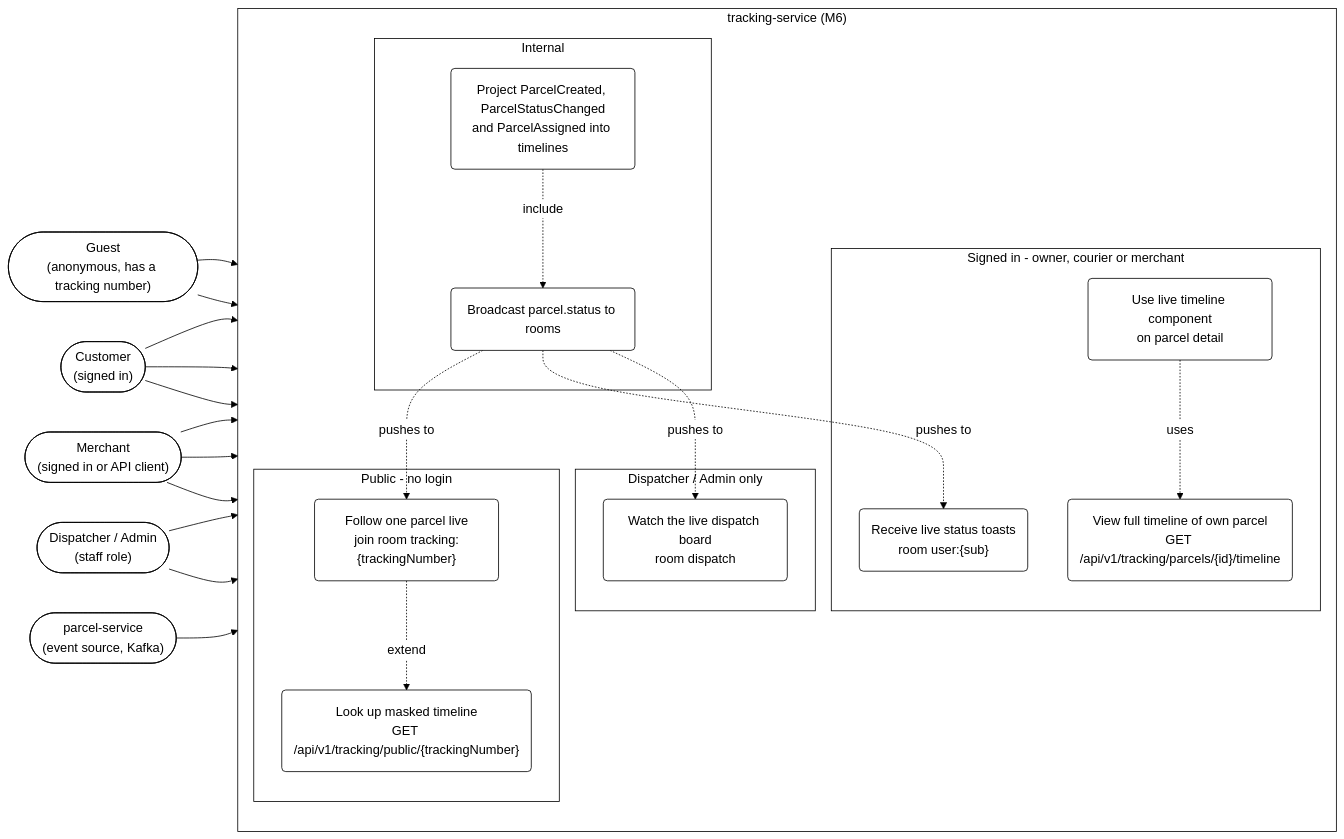
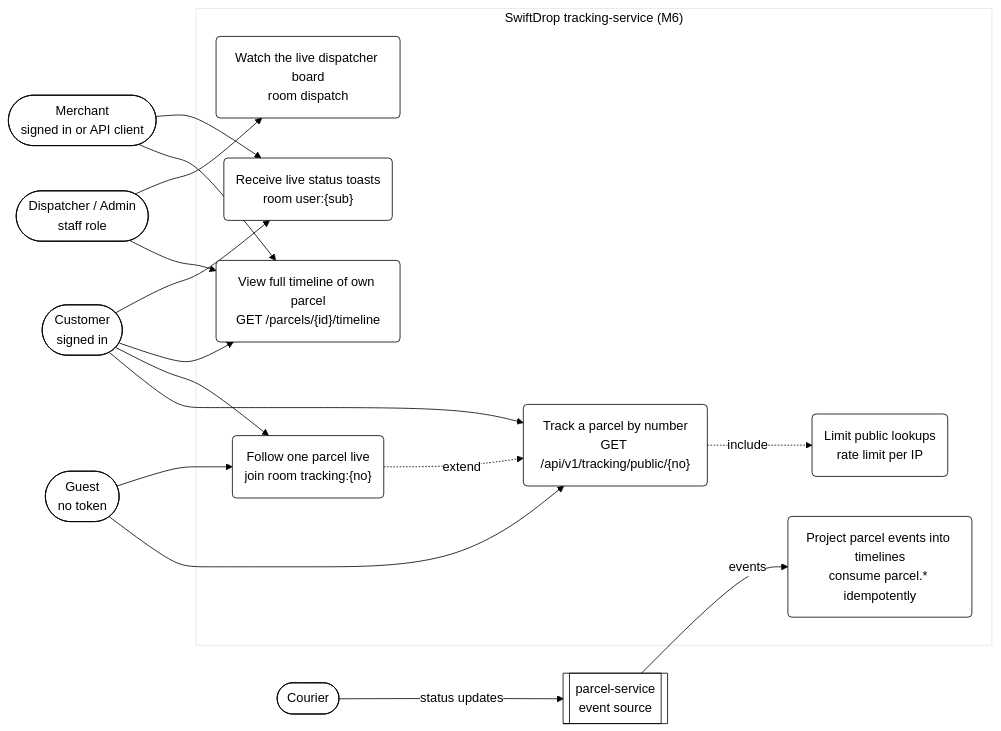
One commit to Pasidu-Mihiranga/SwiftDrop changed the diagram in doc/diagrams/m6-real-time-tracking/usecase-m6-tracking.mmd. Above: the diagram before and after it, drawn with Mermaid. The commit also changed 39 other files, not shown here.

First line of the commit message:
docs(m6): redraw real-time tracking diagrams in the M10 design style

```diff
--- a/doc/diagrams/m6-real-time-tracking/usecase-m6-tracking.mmd
+++ b/doc/diagrams/m6-real-time-tracking/usecase-m6-tracking.mmd
@@ -1,49 +1,35 @@
-%%{init: {"theme":"base","themeVariables":{"background":"#ffffff","mainBkg":"#ffffff","primaryColor":"#ffffff","primaryBorderColor":"#000000","primaryTextColor":"#000000","secondaryColor":"#f2f2f2","tertiaryColor":"#ffffff","lineColor":"#000000","textColor":"#000000","clusterBkg":"#ffffff","clusterBorder":"#000000","titleColor":"#000000","edgeLabelBackground":"#ffffff","fontFamily":"Arial, Helvetica, sans-serif"}}}%%
-%% M6 Real-time Tracking use cases (issue #19).
-%% Scope: who uses tracking-service and what each actor can do with it.
-%% Owners see their own parcels; a foreign parcel returns 404, so existence is not leaked.
+%%{init: {"theme":"base","themeVariables":{"primaryColor":"#ffffff","primaryBorderColor":"#000000","primaryTextColor":"#000000","lineColor":"#000000","background":"#ffffff","fontFamily":"Arial"}}}%%
+%% M6 use cases (issue #19). Editable source for usecase-m6-tracking.svg / .png.
+%% The SVG and PNG are drawn by hand to match the M10 design document style.
 flowchart LR
-    GUEST(["Guest<br/>(anonymous, has a tracking number)"])
-    CUST(["Customer<br/>(signed in)"])
-    MERCH(["Merchant<br/>(signed in or API client)"])
-    DISP(["Dispatcher / Admin<br/>(staff role)"])
-    PARCEL(["parcel-service<br/>(event source, Kafka)"])
+    GUEST(["Guest<br/>no token"])
+    CUST(["Customer<br/>signed in"])
+    MERCH(["Merchant<br/>signed in or API client"])
+    DISP(["Dispatcher / Admin<br/>staff role"])
+    COUR(["Courier"])
+    PARCEL[["parcel-service<br/>event source"]]
 
-    subgraph SYS["tracking-service (M6)"]
-        direction TB
-        subgraph PUB["Public - no login"]
-            U1("Look up masked timeline<br/>GET /api/v1/tracking/public/{trackingNumber}")
-            U2("Follow one parcel live<br/>join room tracking:{trackingNumber}")
-        end
-        subgraph AUTH["Signed in - owner, courier or merchant"]
-            U3("View full timeline of own parcel<br/>GET /api/v1/tracking/parcels/{id}/timeline")
-            U4("Receive live status toasts<br/>room user:{sub}")
-            U5("Use live timeline component<br/>on parcel detail")
-        end
-        subgraph STAFF["Dispatcher / Admin only"]
-            U6("Watch the live dispatch board<br/>room dispatch")
-        end
-        subgraph SYSUC["Internal"]
-            U7("Project ParcelCreated, ParcelStatusChanged<br/>and ParcelAssigned into timelines")
-            U8("Broadcast parcel.status to rooms")
-        end
+    subgraph SYS["SwiftDrop tracking-service (M6)"]
+        UC1("Track a parcel by number<br/>GET /api/v1/tracking/public/{no}")
+        UC2("Limit public lookups<br/>rate limit per IP")
+        UC3("Follow one parcel live<br/>join room tracking:{no}")
+        UC4("View full timeline of own parcel<br/>GET /parcels/{id}/timeline")
+        UC5("Receive live status toasts<br/>room user:{sub}")
+        UC6("Watch the live dispatcher board<br/>room dispatch")
+        UC7("Project parcel events into timelines<br/>consume parcel.* idempotently")
     end
 
-    GUEST --> U1
-    GUEST --> U2
-    CUST --> U3
-    CUST --> U4
-    CUST --> U5
-    MERCH --> U3
-    MERCH --> U4
-    MERCH --> U5
-    DISP --> U3
-    DISP --> U6
-    PARCEL --> U7
-
-    U7 -. "include" .-> U8
-    U8 -. "pushes to" .-> U2
-    U8 -. "pushes to" .-> U4
-    U8 -. "pushes to" .-> U6
-    U2 -. "extend" .-> U1
-    U5 -. "uses" .-> U3
+    GUEST --> UC1
+    GUEST --> UC3
+    CUST --> UC1
+    CUST --> UC3
+    CUST --> UC4
+    CUST --> UC5
+    MERCH --> UC4
+    MERCH --> UC5
+    DISP --> UC4
+    DISP --> UC6
+    UC1 -. "include" .-> UC2
+    UC3 -. "extend" .-> UC1
+    PARCEL -- "events" --> UC7
+    COUR -- "status updates" --> PARCEL
```
